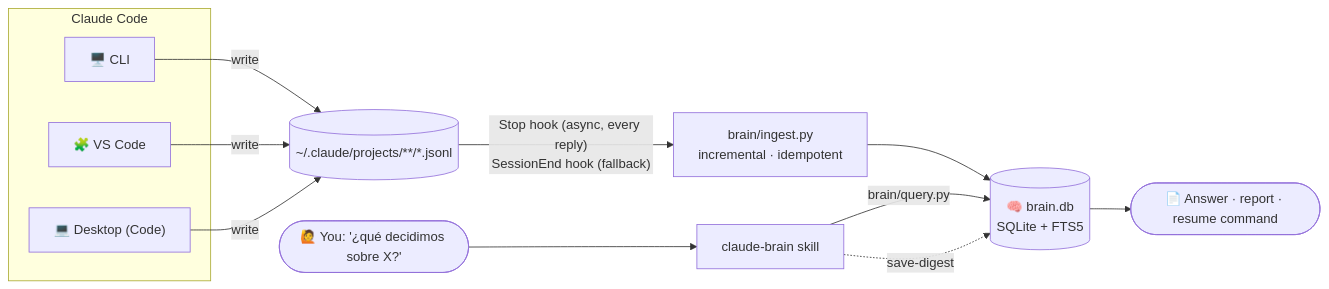
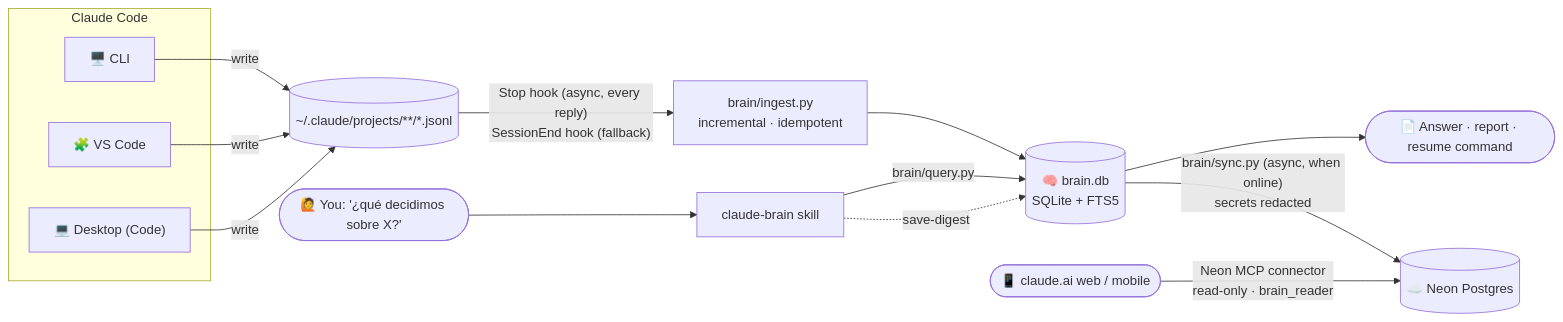
The first of 2 diagrams in README.md (aavzpy2023/ClaudeBrain), drawn with Mermaid before and after one commit. The commit also changed other lines of this file and 8 other files, not shown here.

First line of the commit message:
Add Neon Postgres mirror readable from claude.ai

````diff
--- a/README.md
+++ b/README.md
@@ -57,18 +59,21 @@
 ```mermaid
 flowchart LR
     subgraph Surfaces["Claude Code"]
         CLI["🖥️ CLI"]
         VS["🧩 VS Code"]
         DK["💻 Desktop (Code)"]
     end
 
     CLI & VS & DK -->|write| JSONL[("~/.claude/projects/**/*.jsonl")]
 
     JSONL -->|"Stop hook (async, every reply)<br/>SessionEnd hook (fallback)"| ING["brain/ingest.py<br/>incremental · idempotent"]
     ING --> DB[("🧠 brain.db<br/>SQLite + FTS5")]
 
     YOU(["🙋 You: '¿qué decidimos sobre X?'"]) --> SKILL["claude-brain skill"]
     SKILL -->|"brain/query.py"| DB
     DB --> ANS(["📄 Answer · report · resume command"])
     SKILL -.->|save-digest| DB
+
+    DB -->|"brain/sync.py (async, when online)<br/>secrets redacted"| NEON[("☁️ Neon Postgres")]
+    PHONE(["📱 claude.ai web / mobile"]) -->|"Neon MCP connector<br/>read-only · brain_reader"| NEON
 ```
````
